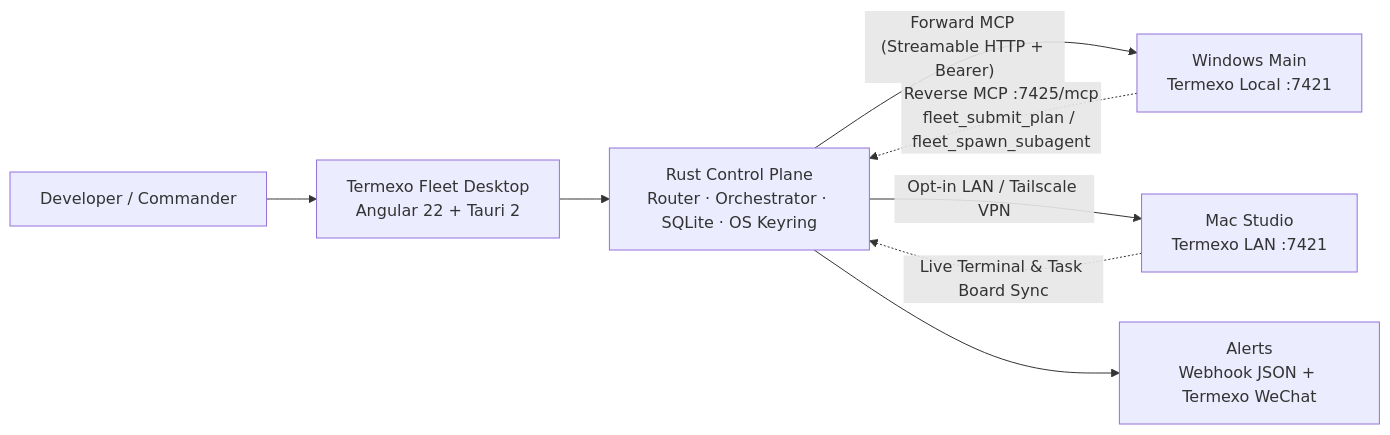
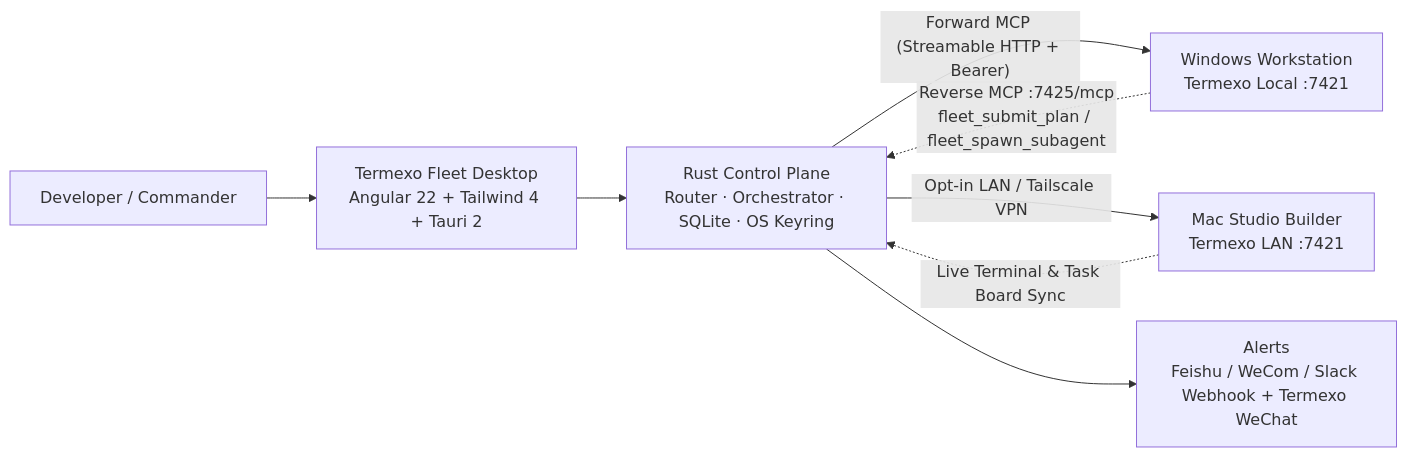
One commit to gemron/Termexo-Fleet changed the diagram in README.md. Above: the diagram before and after it, drawn with Mermaid. The commit also changed other lines of this file and 2 other files, not shown here.

````diff
--- a/README.md
+++ b/README.md
@@ -24,10 +101,10 @@
 ```mermaid
 flowchart LR
-    User["Developer / Commander"] --> UI["Termexo Fleet Desktop<br/>Angular 22 + Tauri 2"]
+    User["Developer / Commander"] --> UI["Termexo Fleet Desktop<br/>Angular 22 + Tailwind 4 + Tauri 2"]
     UI --> Core["Rust Control Plane<br/>Router · Orchestrator · SQLite · OS Keyring"]
-    Core -->|"Forward MCP (Streamable HTTP + Bearer)"| NodeWin["Windows Main<br/>Termexo Local :7421"]
-    Core -->|"Opt-in LAN / Tailscale VPN"| NodeMac["Mac Studio<br/>Termexo LAN :7421"]
+    Core -->|"Forward MCP (Streamable HTTP + Bearer)"| NodeWin["Windows Workstation<br/>Termexo Local :7421"]
+    Core -->|"Opt-in LAN / Tailscale VPN"| NodeMac["Mac Studio Builder<br/>Termexo LAN :7421"]
     NodeWin -.->|"Reverse MCP :7425/mcp<br/>fleet_submit_plan / fleet_spawn_subagent"| Core
     NodeMac -.->|"Live Terminal & Task Board Sync"| Core
-    Core --> Alerts["Alerts<br/>Webhook JSON + Termexo WeChat"]
+    Core --> Alerts["Alerts<br/>Feishu / WeCom / Slack Webhook + Termexo WeChat"]
 ```
````
